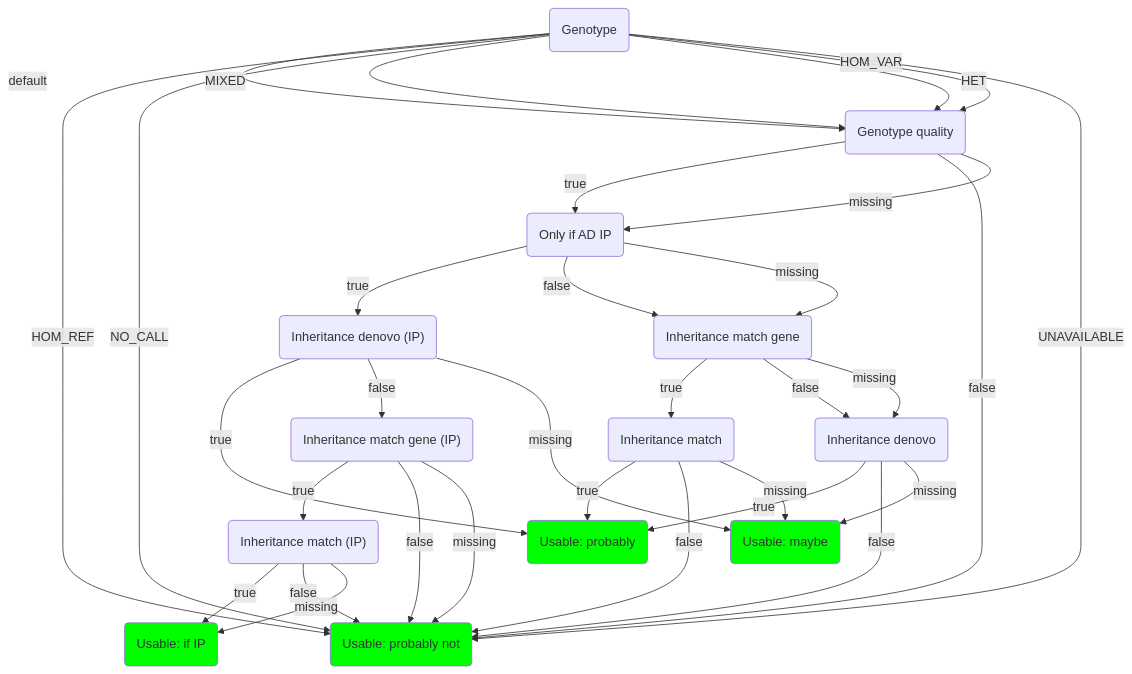
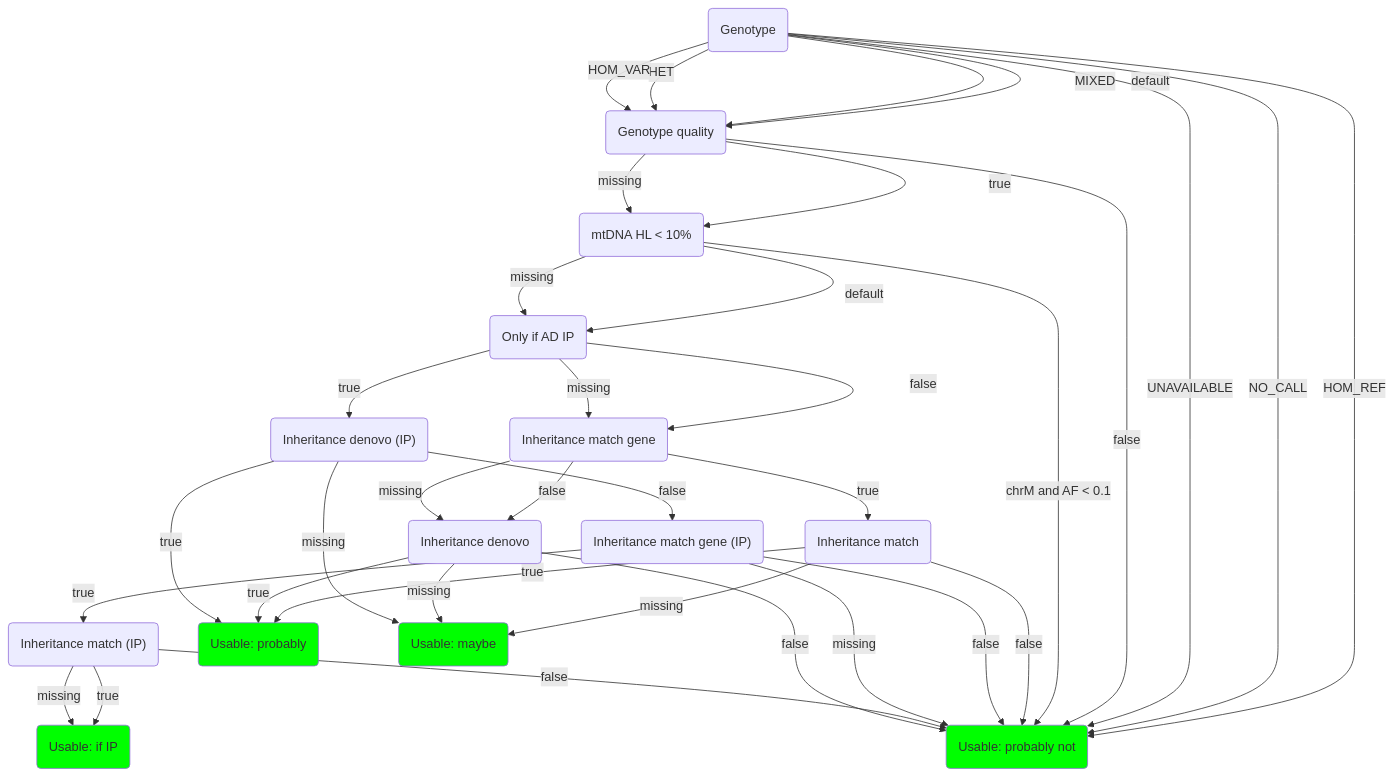
The second of 2 diagrams in docs/advanced/classification_trees.md (molgenis/vip), drawn with Mermaid before and after one commit. The commit also changed 1 other file, not shown here.

Commit message:
update branch with main, change fazzini test to keep u3 variants and update samples tree in docs

````diff
--- a/docs/advanced/classification_trees.md
+++ b/docs/advanced/classification_trees.md
@@ -138,51 +138,55 @@
 ```mermaid
 flowchart TD
 gt_("Genotype")
 gq_("Genotype quality")
+mt_hl_filtering_("mtDNA HL < 10%")
 only_IP_("Only if AD IP")
 vig_("Inheritance match gene")
 vim_("Inheritance match")
 vig_IP_("Inheritance match gene (IP)")
 vim_IP_("Inheritance match (IP)")
 vid_("Inheritance denovo")
 vid_IP_("Inheritance denovo (IP)")
 exit_u1_("Usable: probably")
 style exit_u1_ fill:#00ff00
 exit_u2_("Usable: maybe")
 style exit_u2_ fill:#00ff00
 exit_u3_("Usable: probably not")
 style exit_u3_ fill:#00ff00
 exit_u4_("Usable: if IP")
 style exit_u4_ fill:#00ff00
 gt_ -->|"default"| gq_
 gt_ -->|"HOM_REF"| exit_u3_
 gt_ -->|"NO_CALL"| exit_u3_
 gt_ -->|"MIXED"| gq_
 gt_ -->|"HET"| gq_
 gt_ -->|"HOM_VAR"| gq_
 gt_ -->|"UNAVAILABLE"| exit_u3_
-gq_ -->|"true"| only_IP_
+gq_ -->|"true"| mt_hl_filtering_
 gq_ -->|"false"| exit_u3_
-gq_ -->|"missing"| only_IP_
+gq_ -->|"missing"| mt_hl_filtering_
+mt_hl_filtering_ -->|"default"| only_IP_
+mt_hl_filtering_ -->|"chrM and AF < 0.1"| exit_u3_
+mt_hl_filtering_ -->|"missing"| only_IP_
 only_IP_ -->|"true"| vid_IP_
 only_IP_ -->|"false"| vig_
 only_IP_ -->|"missing"| vig_
 vig_ -->|"true"| vim_
 vig_ -->|"false"| vid_
 vig_ -->|"missing"| vid_
 vim_ -->|"true"| exit_u1_
 vim_ -->|"false"| exit_u3_
 vim_ -->|"missing"| exit_u2_
 vig_IP_ -->|"true"| vim_IP_
 vig_IP_ -->|"false"| exit_u3_
 vig_IP_ -->|"missing"| exit_u3_
 vim_IP_ -->|"true"| exit_u4_
 vim_IP_ -->|"false"| exit_u3_
 vim_IP_ -->|"missing"| exit_u4_
 vid_ -->|"true"| exit_u1_
 vid_ -->|"false"| exit_u3_
 vid_ -->|"missing"| exit_u2_
 vid_IP_ -->|"true"| exit_u1_
 vid_IP_ -->|"false"| vig_IP_
 vid_IP_ -->|"missing"| exit_u2_
 ```
````
